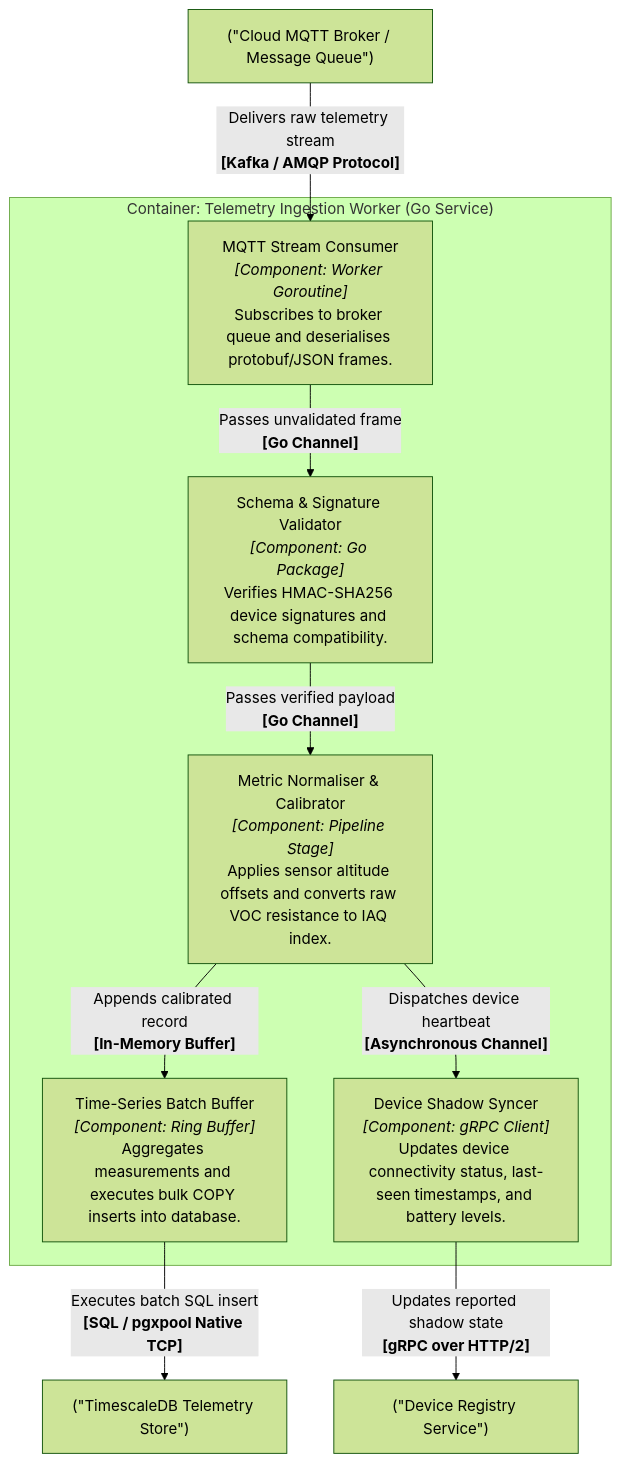
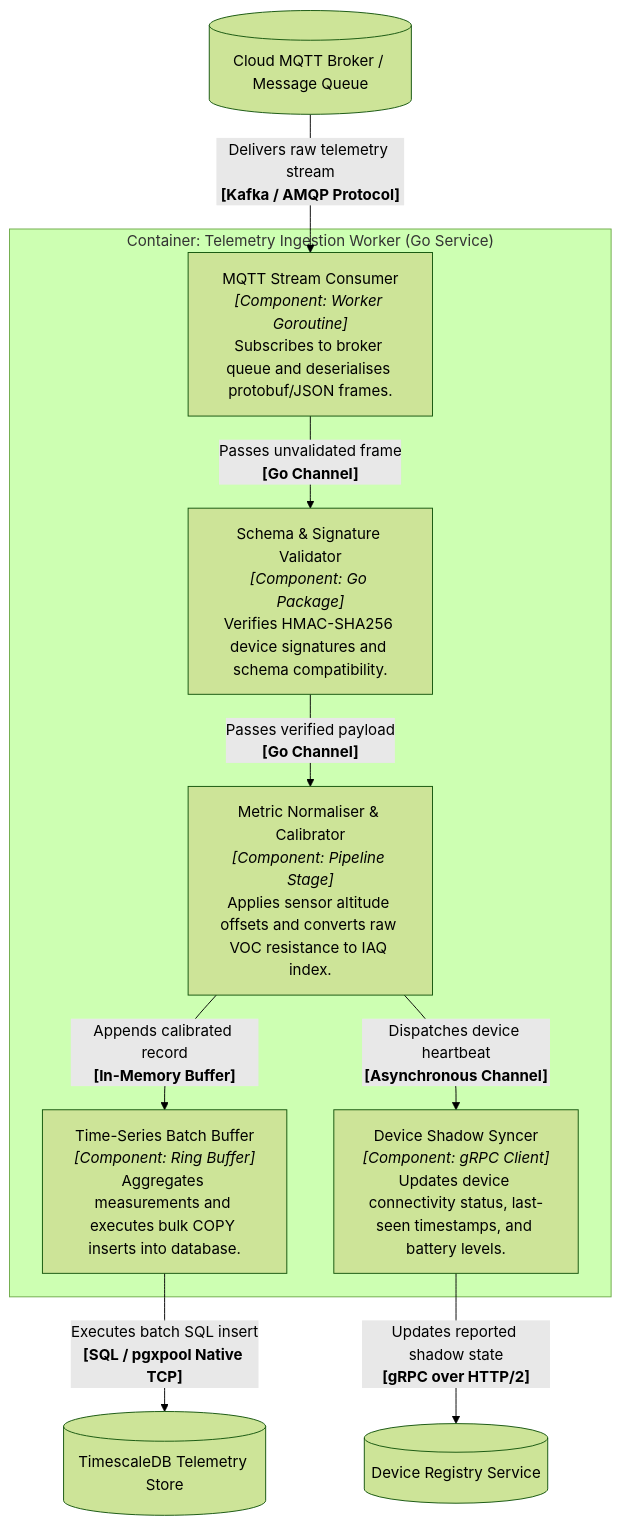
One commit to markbac/markbac.github.io changed the third of 4 diagrams in content/guides/c4-model/05-component-diagrams.md. Above: the diagram before and after it, drawn with Mermaid (forest theme). The commit also changed other lines of this file and 21 other files, not shown here.

First line of the commit message:
Handbook: move in technical-documentation's architecture handbook, and publish the section

````diff
--- a/content/guides/c4-model/05-component-diagrams.md
+++ b/content/guides/c4-model/05-component-diagrams.md
@@ -113,23 +113,23 @@
 ```mermaid
 flowchart TB
     subgraph WorkerContainer["Container: Telemetry Ingestion Worker (Go Service)"]
         Consumer["MQTT Stream Consumer<br/><i>[Component: Worker Goroutine]</i><br/>Subscribes to broker queue and deserialises protobuf/JSON frames."]
         Validator["Schema & Signature Validator<br/><i>[Component: Go Package]</i><br/>Verifies HMAC-SHA256 device signatures and schema compatibility."]
         Calibrator["Metric Normaliser & Calibrator<br/><i>[Component: Pipeline Stage]</i><br/>Applies sensor altitude offsets and converts raw VOC resistance to IAQ index."]
         BatchWriter["Time-Series Batch Buffer<br/><i>[Component: Ring Buffer]</i><br/>Aggregates measurements and executes bulk COPY inserts into database."]
         ShadowSyncer["Device Shadow Syncer<br/><i>[Component: gRPC Client]</i><br/>Updates device connectivity status, last-seen timestamps, and battery levels."]
     end
 
-    BrokerQueue["(#quot;Cloud MQTT Broker / Message Queue#quot;)"]
-    TimescaleDB["(#quot;TimescaleDB Telemetry Store#quot;)"]
-    RegistrySvc["(#quot;Device Registry Service#quot;)"]
+    BrokerQueue[("Cloud MQTT Broker / Message Queue")]
+    TimescaleDB[("TimescaleDB Telemetry Store")]
+    RegistrySvc[("Device Registry Service")]
 
     BrokerQueue -->|"Delivers raw telemetry stream<br/><b>[Kafka / AMQP Protocol]</b>"| Consumer
     Consumer -->|"Passes unvalidated frame<br/><b>[Go Channel]</b>"| Validator
     Validator -->|"Passes verified payload<br/><b>[Go Channel]</b>"| Calibrator
     Calibrator -->|"Appends calibrated record<br/><b>[In-Memory Buffer]</b>"| BatchWriter
     Calibrator -->|"Dispatches device heartbeat<br/><b>[Asynchronous Channel]</b>"| ShadowSyncer
 
     BatchWriter -->|"Executes batch SQL insert<br/><b>[SQL / pgxpool Native TCP]</b>"| TimescaleDB
     ShadowSyncer -->|"Updates reported shadow state<br/><b>[gRPC over HTTP/2]</b>"| RegistrySvc
 ```
````
